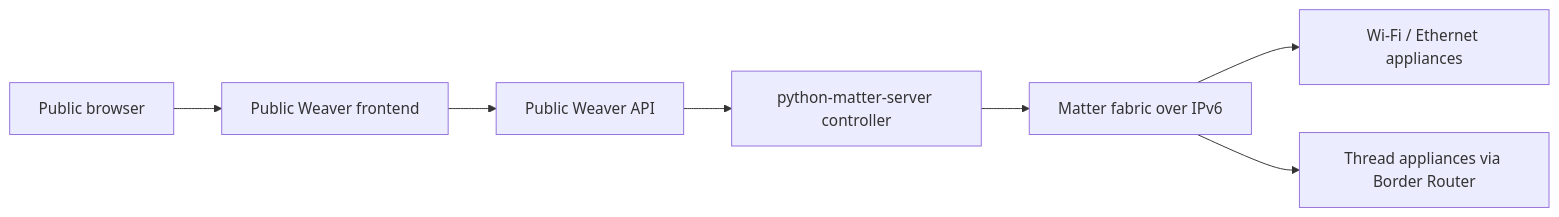
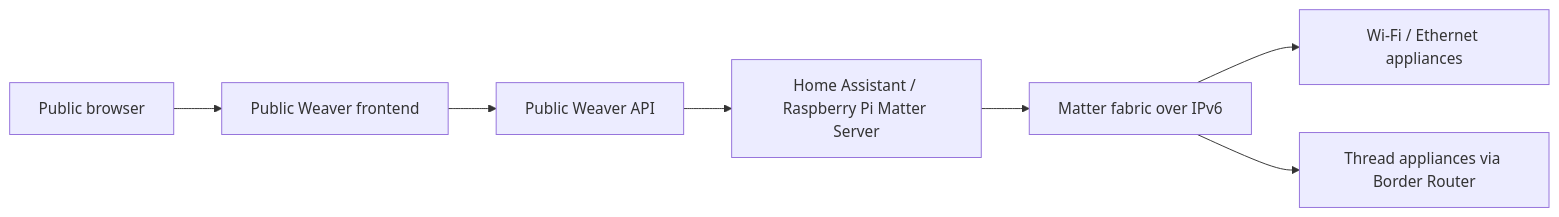
One commit to keyse00ali-alt/Weaver changed the diagram in DEPLOYMENT.md. Above: the diagram before and after it, drawn with Mermaid. The commit also changed other lines of this file and 5 other files, not shown here.

Commit message:
Focus setup on Home Assistant and Raspberry Pi

````diff
--- a/DEPLOYMENT.md
+++ b/DEPLOYMENT.md
@@ -7,9 +7,9 @@
 ```mermaid
 flowchart LR
   Browser["Public browser"] --> Frontend["Public Weaver frontend"]
   Frontend --> Api["Public Weaver API"]
-  Api --> MatterServer["python-matter-server controller"]
+  Api --> MatterServer["Home Assistant / Raspberry Pi Matter Server"]
   MatterServer --> MatterFabric["Matter fabric over IPv6"]
   MatterFabric --> Wifi["Wi-Fi / Ethernet appliances"]
   MatterFabric --> Thread["Thread appliances via Border Router"]
 ```
````
